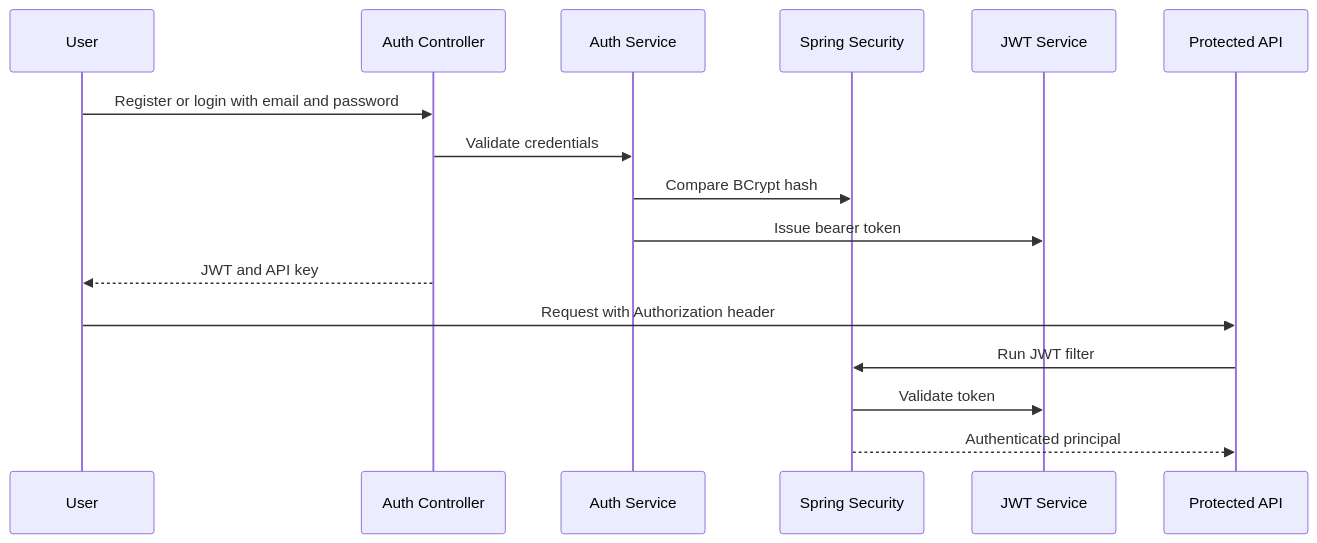
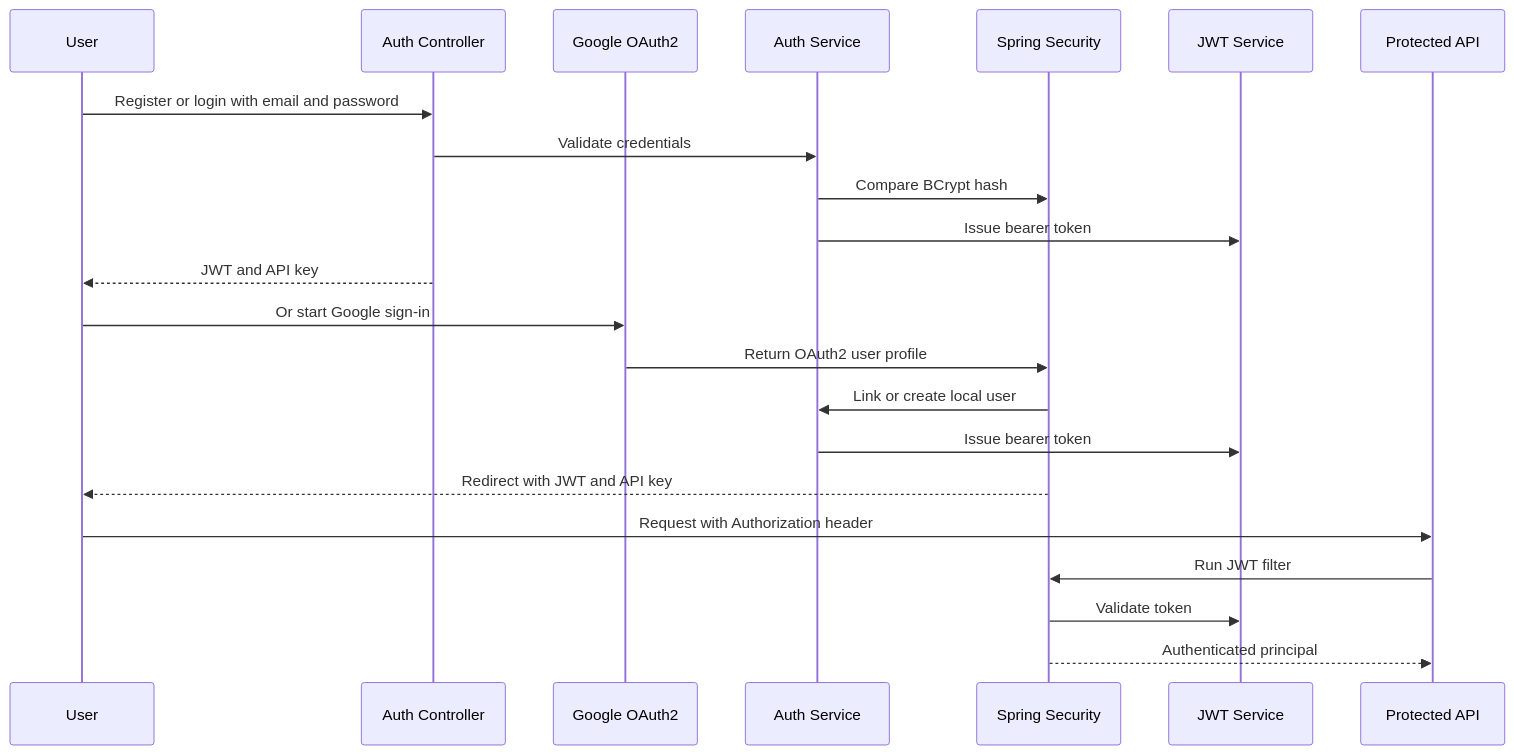
Before and after one commit to khab40/spring-boot-java-refresh: the diagram in docs/diagrams/adr-0006-jwt-auth-flow.md, drawn with Mermaid. The commit also changed 27 other files, not shown here.

Commit message:
feat: add Google OAuth2 login with JWT and API key integration

````diff
--- a/docs/diagrams/adr-0006-jwt-auth-flow.md
+++ b/docs/diagrams/adr-0006-jwt-auth-flow.md
@@ -7,19 +7,25 @@
 ```mermaid
 sequenceDiagram
     participant User
     participant Auth as Auth Controller
+    participant Google as Google OAuth2
     participant Service as Auth Service
     participant Security as Spring Security
     participant JWT as JWT Service
     participant API as Protected API
 
     User->>Auth: Register or login with email and password
     Auth->>Service: Validate credentials
     Service->>Security: Compare BCrypt hash
     Service->>JWT: Issue bearer token
     Auth-->>User: JWT and API key
+    User->>Google: Or start Google sign-in
+    Google->>Security: Return OAuth2 user profile
+    Security->>Service: Link or create local user
+    Service->>JWT: Issue bearer token
+    Security-->>User: Redirect with JWT and API key
     User->>API: Request with Authorization header
     API->>Security: Run JWT filter
     Security->>JWT: Validate token
     Security-->>API: Authenticated principal
 ```
````
